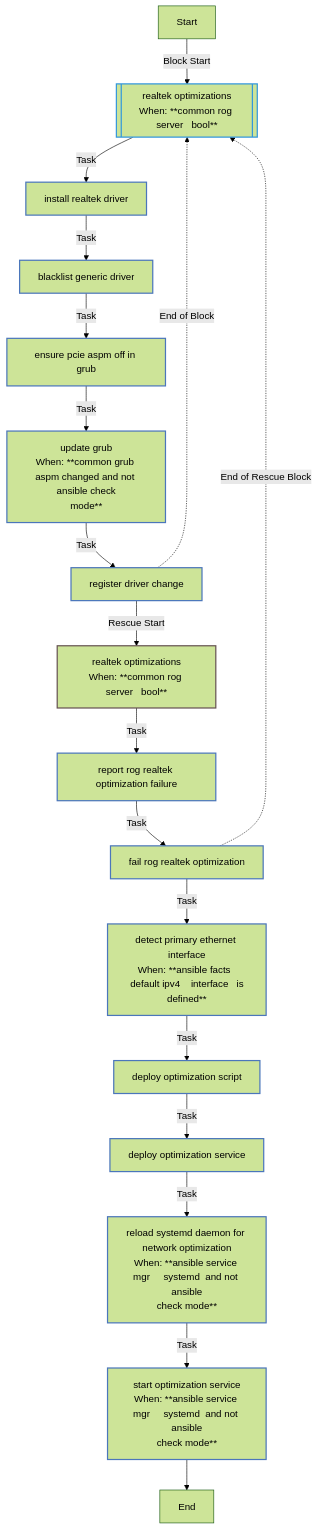
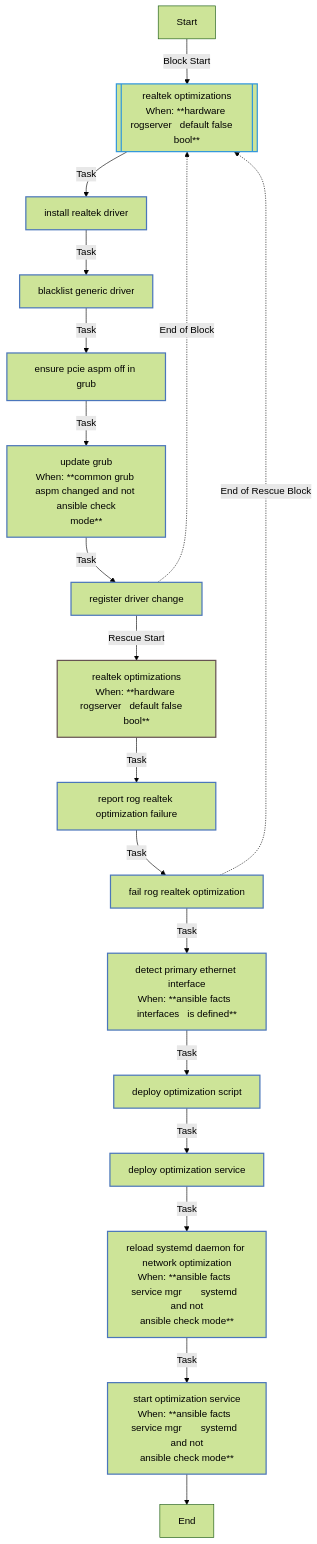
One commit to rou-cru/k3s-homelab changed the sixth of 8 diagrams in roles/common/README.md. Above: the diagram before and after it, drawn with Mermaid (forest theme). The commit also changed other lines of this file and 277 other files, not shown here.

````diff
--- a/roles/common/README.md
+++ b/roles/common/README.md
@@ -652,30 +499,30 @@
 ```mermaid
 flowchart TD
 Start
 classDef block stroke:#3498db,stroke-width:2px;
 classDef task stroke:#4b76bb,stroke-width:2px;
 classDef includeTasks stroke:#16a085,stroke-width:2px;
 classDef importTasks stroke:#34495e,stroke-width:2px;
 classDef includeRole stroke:#2980b9,stroke-width:2px;
 classDef importRole stroke:#699ba7,stroke-width:2px;
 classDef includeVars stroke:#8e44ad,stroke-width:2px;
 classDef rescue stroke:#665352,stroke-width:2px;
 
-  Start-->|Block Start| Realtek_optimizations0_block_start_0[[realtek optimizations<br>When: **common rog server   bool**]]:::block
+  Start-->|Block Start| Realtek_optimizations0_block_start_0[[realtek optimizations<br>When: **hardware rogserver   default false    bool**]]:::block
   Realtek_optimizations0_block_start_0-->|Task| Install_Realtek_driver0[install realtek driver]:::task
   Install_Realtek_driver0-->|Task| Blacklist_generic_driver1[blacklist generic driver]:::task
   Blacklist_generic_driver1-->|Task| Ensure_pcie_aspm_off_in_GRUB2[ensure pcie aspm off in grub]:::task
   Ensure_pcie_aspm_off_in_GRUB2-->|Task| Update_GRUB3[update grub<br>When: **common grub aspm changed and not ansible check<br>mode**]:::task
   Update_GRUB3-->|Task| Register_driver_change4[register driver change]:::task
   Register_driver_change4-.->|End of Block| Realtek_optimizations0_block_start_0
-  Register_driver_change4-->|Rescue Start| Realtek_optimizations0_rescue_start_0[realtek optimizations<br>When: **common rog server   bool**]:::rescue
+  Register_driver_change4-->|Rescue Start| Realtek_optimizations0_rescue_start_0[realtek optimizations<br>When: **hardware rogserver   default false    bool**]:::rescue
   Realtek_optimizations0_rescue_start_0-->|Task| Report_RoG_Realtek_optimization_failure0[report rog realtek optimization failure]:::task
   Report_RoG_Realtek_optimization_failure0-->|Task| Fail_RoG_Realtek_optimization1[fail rog realtek optimization]:::task
   Fail_RoG_Realtek_optimization1-.->|End of Rescue Block| Realtek_optimizations0_block_start_0
-  Fail_RoG_Realtek_optimization1-->|Task| Detect_primary_ethernet_interface1[detect primary ethernet interface<br>When: **ansible facts  default ipv4    interface   is<br>defined**]:::task
+  Fail_RoG_Realtek_optimization1-->|Task| Detect_primary_ethernet_interface1[detect primary ethernet interface<br>When: **ansible facts  interfaces   is defined**]:::task
   Detect_primary_ethernet_interface1-->|Task| Deploy_optimization_script2[deploy optimization script]:::task
   Deploy_optimization_script2-->|Task| Deploy_optimization_service3[deploy optimization service]:::task
-  Deploy_optimization_service3-->|Task| Reload_systemd_daemon_for_network_optimization4[reload systemd daemon for network optimization<br>When: **ansible service mgr     systemd  and not ansible<br>check mode**]:::task
-  Reload_systemd_daemon_for_network_optimization4-->|Task| Start_optimization_service5[start optimization service<br>When: **ansible service mgr     systemd  and not ansible<br>check mode**]:::task
+  Deploy_optimization_service3-->|Task| Reload_systemd_daemon_for_network_optimization4[reload systemd daemon for network optimization<br>When: **ansible facts  service mgr       systemd  and not<br>ansible check mode**]:::task
+  Reload_systemd_daemon_for_network_optimization4-->|Task| Start_optimization_service5[start optimization service<br>When: **ansible facts  service mgr       systemd  and not<br>ansible check mode**]:::task
   Start_optimization_service5-->End
 ```
````
